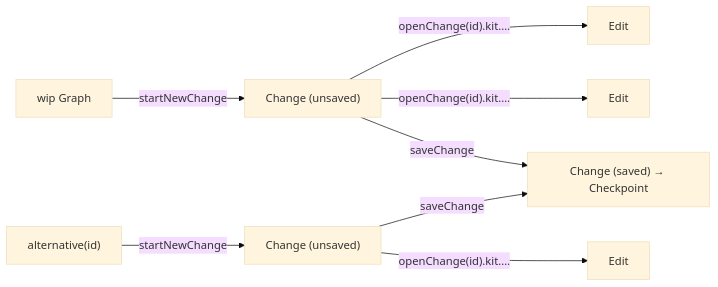
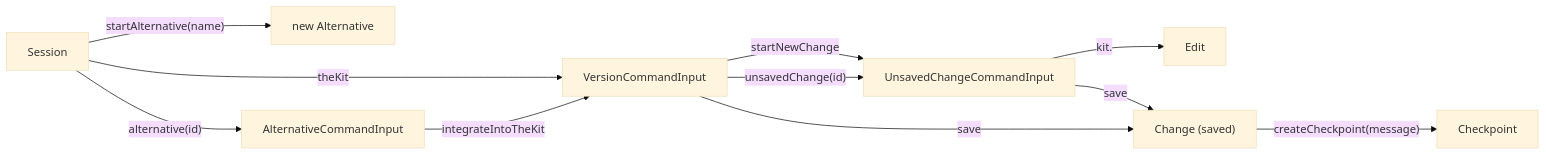
The second of 2 diagrams in .cursor/plans/target_schema_refactor_dd14c738.plan.md (usalu/semio), drawn with Mermaid (base theme) before and after one commit. The commit also changed other lines of this file and 1 other file, not shown here.

````diff
--- a/.cursor/plans/target_schema_refactor_dd14c738.plan.md
+++ b/.cursor/plans/target_schema_refactor_dd14c738.plan.md
@@ -170,10 +222,13 @@
 ```mermaid
 flowchart LR
-    wip["wip Graph"] -->|"startNewChange"| openA["Change (unsaved)"]
-    altScope["alternative(id)"] -->|"startNewChange"| openB["Change (unsaved)"]
-    openA -->|"openChange(id).kit.…"| edit1["Edit"]
-    openA -->|"openChange(id).kit.…"| edit2["Edit"]
-    openB -->|"openChange(id).kit.…"| edit3["Edit"]
-    openA -->|"saveChange"| saved["Change (saved) → Checkpoint"]
-    openB -->|"saveChange"| saved
+    session["Session"] -->|"theKit"| version["VersionCommandInput"]
+    session -->|"startAlternative(name)"| altSpawn["new Alternative"]
+    session -->|"alternative(id)"| altScope["AlternativeCommandInput"]
+    altScope -->|"integrateIntoTheKit"| version
+    version -->|"startNewChange"| unsaved["UnsavedChangeCommandInput"]
+    version -->|"unsavedChange(id)"| unsaved
+    unsaved -->|"kit.<op>"| edit["Edit"]
+    unsaved -->|"save"| savedChange["Change (saved)"]
+    version -->|"save"| savedChange
+    savedChange -->|"createCheckpoint(message)"| checkpoint["Checkpoint"]
 ```
````
